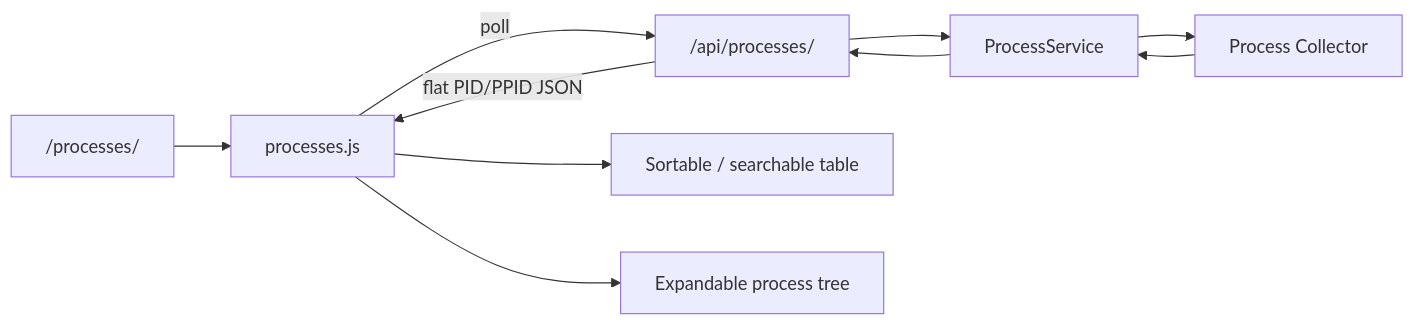
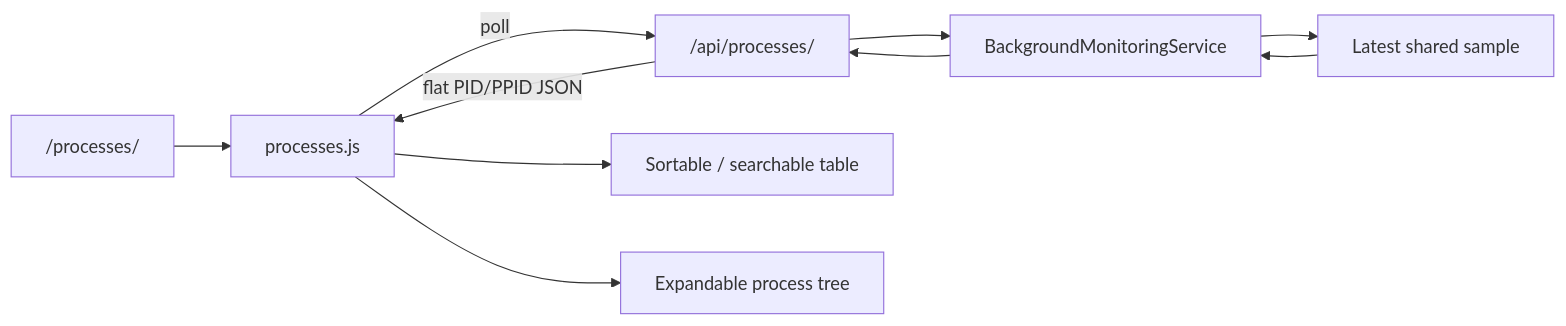
Diagram 21 of 31 in docs/architecture.md (IronRon/Sys-Monitor), drawn with Mermaid before and after one commit. The commit also changed other lines of this file and 8 other files, not shown here.

First line of the commit message:
Refactor monitoring architecture to implement continuous background sampling

````diff
--- a/docs/architecture.md
+++ b/docs/architecture.md
@@ -1102,18 +1078,18 @@
 ```mermaid
 flowchart LR
     PAGE["/processes/"]
     JS["processes.js"]
     API["/api/processes/"]
-    SERVICE["ProcessService"]
-    COLLECTOR["Process Collector"]
+    SERVICE["BackgroundMonitoringService"]
+    LATEST["Latest shared sample"]
 
     PAGE --> JS
     JS -->|"poll"| API
     API --> SERVICE
-    SERVICE --> COLLECTOR
-    COLLECTOR --> SERVICE
+    SERVICE --> LATEST
+    LATEST --> SERVICE
     SERVICE --> API
     API -->|"flat PID/PPID JSON"| JS
     JS --> TABLE["Sortable / searchable table"]
     JS --> TREE["Expandable process tree"]
 ```
````
